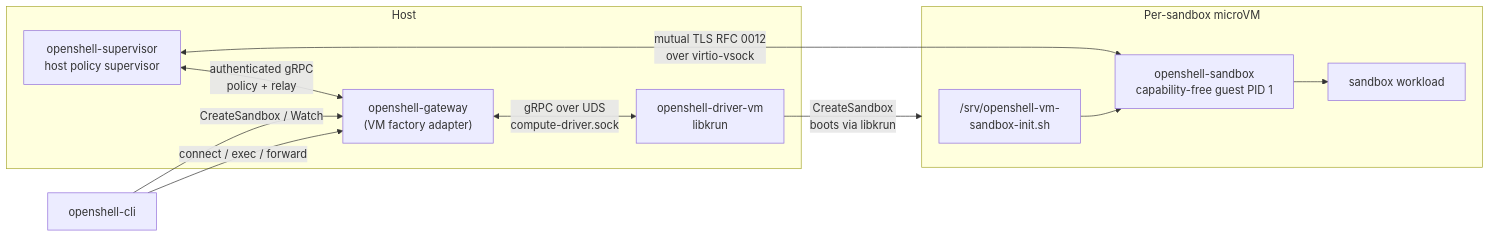
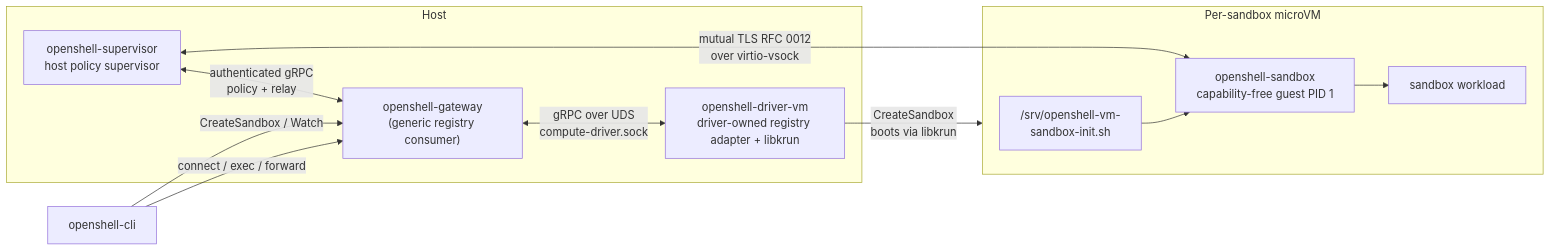
The diagram in crates/openshell-driver-vm/README.md (Hugoch/OpenShell), drawn with Mermaid before and after one commit. The commit also changed 10 other files, not shown here.

Commit message:
refactor(vm): own gateway registration in driver

````diff
--- a/crates/openshell-driver-vm/README.md
+++ b/crates/openshell-driver-vm/README.md
@@ -11,23 +11,23 @@
 ```mermaid
 flowchart LR
     subgraph host["Host"]
-        gateway["openshell-gateway<br/>(VM factory adapter)"]
-        driver["openshell-driver-vm<br/>libkrun"]
+        gateway["openshell-gateway<br/>(generic registry consumer)"]
+        driver["openshell-driver-vm<br/>driver-owned registry adapter + libkrun"]
         supervisor["openshell-supervisor<br/>host policy supervisor"]
         gateway <-->|"gRPC over UDS<br/>compute-driver.sock"| driver
         supervisor <-->|"authenticated gRPC<br/>policy + relay"| gateway
     end
 
     subgraph guest["Per-sandbox microVM"]
         init["/srv/openshell-vm-<br/>sandbox-init.sh"]
         sandbox["openshell-sandbox<br/>capability-free guest PID 1"]
         workload["sandbox workload"]
         init --> sandbox --> workload
     end
 
     driver -->|"CreateSandbox<br/>boots via libkrun"| guest
     supervisor <-->|"mutual TLS RFC 0012<br/>over virtio-vsock"| sandbox
 
     client["openshell-cli"] -->|"connect / exec / forward"| gateway
     client -->|"CreateSandbox / Watch"| gateway
 ```
````
